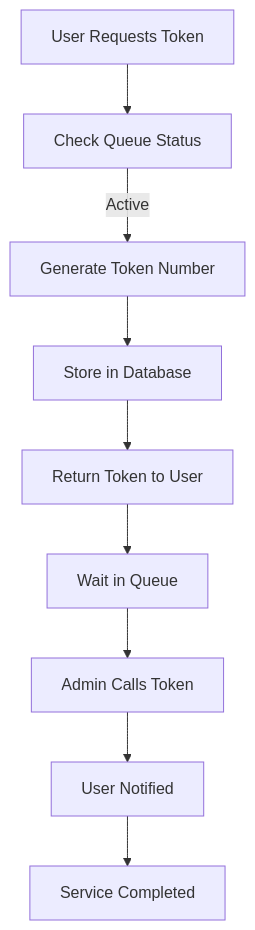
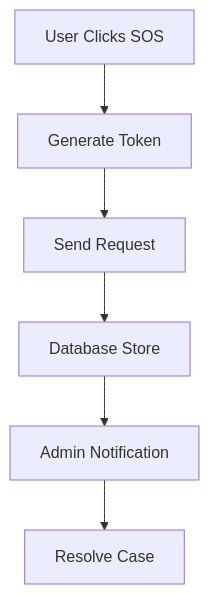
Before and after one commit to vanshrajputcodes/Flowsense: the fifth of 13 diagrams in README.md, drawn with Mermaid. The commit also changed other lines of this file, not shown here.

````diff
--- a/README.md
+++ b/README.md
@@ -78,12 +111,8 @@
 ```mermaid
 flowchart TD
-    A[User Requests Token] --> B[Check Queue Status]
-    B -->|Active| C[Generate Token Number]
-    C --> D[Store in Database]
-    D --> E[Return Token to User]
-
-    E --> F[Wait in Queue]
-    F --> G[Admin Calls Token]
-    G --> H[User Notified]
-    H --> I[Service Completed]
+    A[User Clicks SOS] --> B[Generate Token]
+    B --> C[Send Request]
+    C --> D[Database Store]
+    D --> E[Admin Notification]
+    E --> F[Resolve Case]
 ```
````
